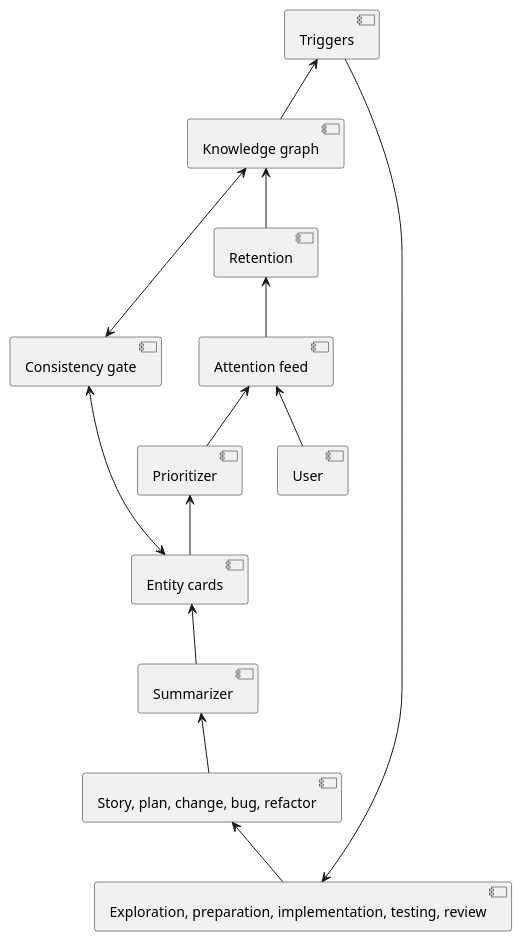
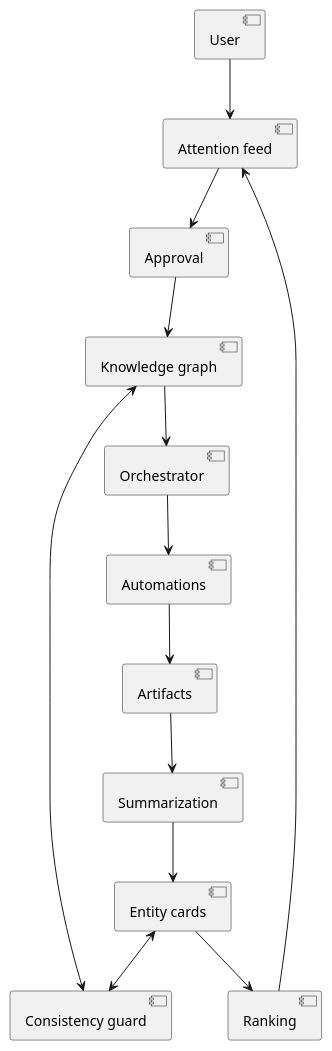
Before and after one commit to Aleksander1111/momentum: the diagram in knowledge-graph/Governance/DesignDoc/spec/components.md, drawn with PlantUML. The commit also changed other lines of this file and 36 other files, not shown here.

````diff
--- a/knowledge-graph/Governance/DesignDoc/spec/components.md
+++ b/knowledge-graph/Governance/DesignDoc/spec/components.md
@@ -29,24 +29,14 @@
 ```plantuml
-[Triggers] as T
-[Exploration, preparation, implementation, testing, review] as A
-[Story, plan, change, bug, refactor] as R
-[Summarizer] as S
-[Entity cards] as C
-[Consistency gate] as G
-[Knowledge graph] as K
-[Prioritizer] as P
-[Attention feed] as F
-[Retention] as N
-A<--T
-R<--A
-S<--R
-C<--S
-G<-->C
-K<-->G
-P<--C
-F<--P
-N<--F
-K<--N
-T<--K
-F<--[User]
+[User] --> [Attention feed]
+[Entity cards] --> [Ranking]
+[Ranking] --> [Attention feed]
+[Attention feed] --> [Approval]
+[Approval] --> [Knowledge graph]
+[Entity cards] <--> [Consistency guard]
+[Consistency guard] <--> [Knowledge graph]
+[Knowledge graph] --> [Orchestrator]
+[Orchestrator] --> [Automations]
+[Automations] --> [Artifacts]
+[Artifacts] --> [Summarization]
+[Summarization] --> [Entity cards]
 ```
````
